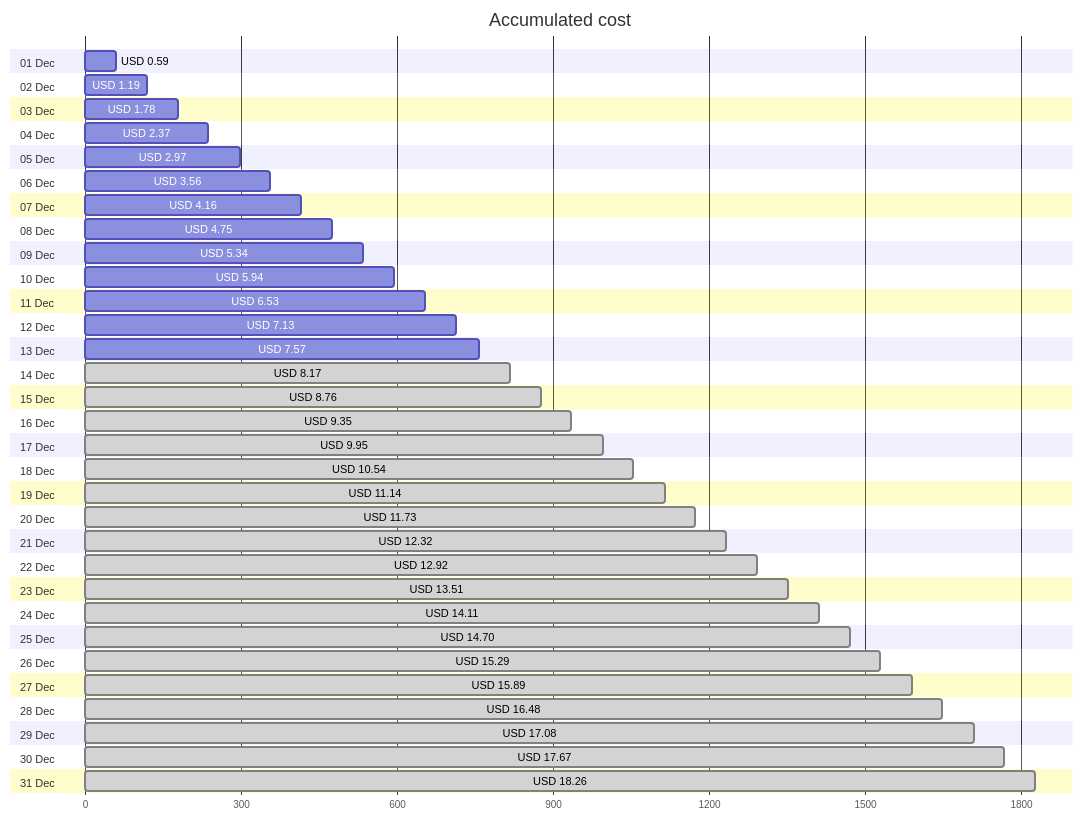
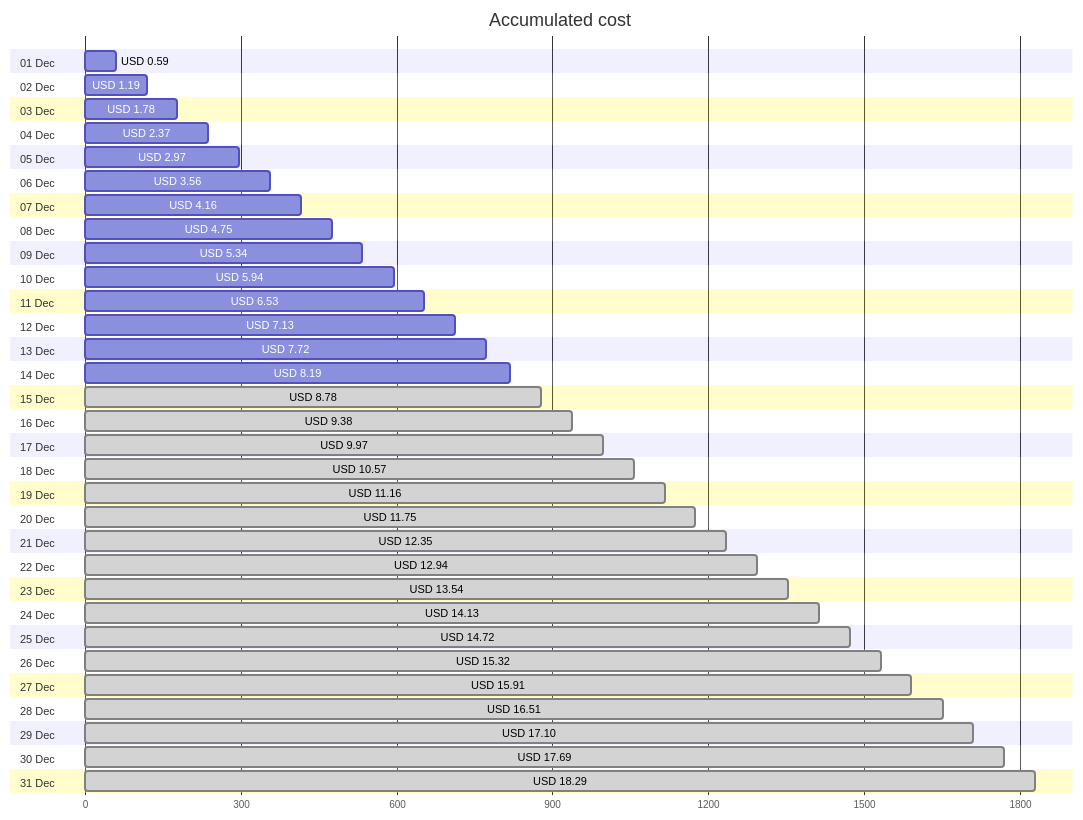
One commit to jpfulton/azure-personal-reports changed the first of 4 diagrams in cost-reports/personal-site/README.md. Above: the diagram before and after it, drawn with Mermaid. The commit also changed other lines of this file and 6 other files, not shown here.

````diff
--- a/cost-reports/personal-site/README.md
+++ b/cost-reports/personal-site/README.md
@@ -20,68 +20,68 @@
 ```mermaid
 gantt
    title Accumulated cost
    dateFormat  X
    axisFormat %s
    section 01 Dec
    USD 0.59 :0, 59
    section 02 Dec
    USD 1.19 :0, 119
    section 03 Dec
    USD 1.78 :0, 178
    section 04 Dec
    USD 2.37 :0, 237
    section 05 Dec
    USD 2.97 :0, 297
    section 06 Dec
    USD 3.56 :0, 356
    section 07 Dec
    USD 4.16 :0, 416
    section 08 Dec
    USD 4.75 :0, 475
    section 09 Dec
    USD 5.34 :0, 534
    section 10 Dec
    USD 5.94 :0, 594
    section 11 Dec
    USD 6.53 :0, 653
    section 12 Dec
    USD 7.13 :0, 713
    section 13 Dec
-   USD 7.57 :0, 757
+   USD 7.72 :0, 772
    section 14 Dec
-   USD 8.17 : done, 0, 817
+   USD 8.19 :0, 819
    section 15 Dec
-   USD 8.76 : done, 0, 876
+   USD 8.78 : done, 0, 878
    section 16 Dec
-   USD 9.35 : done, 0, 935
+   USD 9.38 : done, 0, 938
    section 17 Dec
-   USD 9.95 : done, 0, 995
+   USD 9.97 : done, 0, 997
    section 18 Dec
-   USD 10.54 : done, 0, 1054
+   USD 10.57 : done, 0, 1057
    section 19 Dec
-   USD 11.14 : done, 0, 1114
+   USD 11.16 : done, 0, 1116
    section 20 Dec
-   USD 11.73 : done, 0, 1173
+   USD 11.75 : done, 0, 1175
    section 21 Dec
-   USD 12.32 : done, 0, 1232
+   USD 12.35 : done, 0, 1235
    section 22 Dec
-   USD 12.92 : done, 0, 1292
+   USD 12.94 : done, 0, 1294
    section 23 Dec
-   USD 13.51 : done, 0, 1351
+   USD 13.54 : done, 0, 1354
    section 24 Dec
-   USD 14.11 : done, 0, 1411
+   USD 14.13 : done, 0, 1413
    section 25 Dec
-   USD 14.70 : done, 0, 1470
+   USD 14.72 : done, 0, 1472
    section 26 Dec
-   USD 15.29 : done, 0, 1529
+   USD 15.32 : done, 0, 1532
    section 27 Dec
-   USD 15.89 : done, 0, 1589
+   USD 15.91 : done, 0, 1591
    section 28 Dec
-   USD 16.48 : done, 0, 1648
+   USD 16.51 : done, 0, 1651
    section 29 Dec
-   USD 17.08 : done, 0, 1708
+   USD 17.10 : done, 0, 1710
    section 30 Dec
-   USD 17.67 : done, 0, 1767
+   USD 17.69 : done, 0, 1769
    section 31 Dec
-   USD 18.26 : done, 0, 1826
+   USD 18.29 : done, 0, 1829
 ```
````
